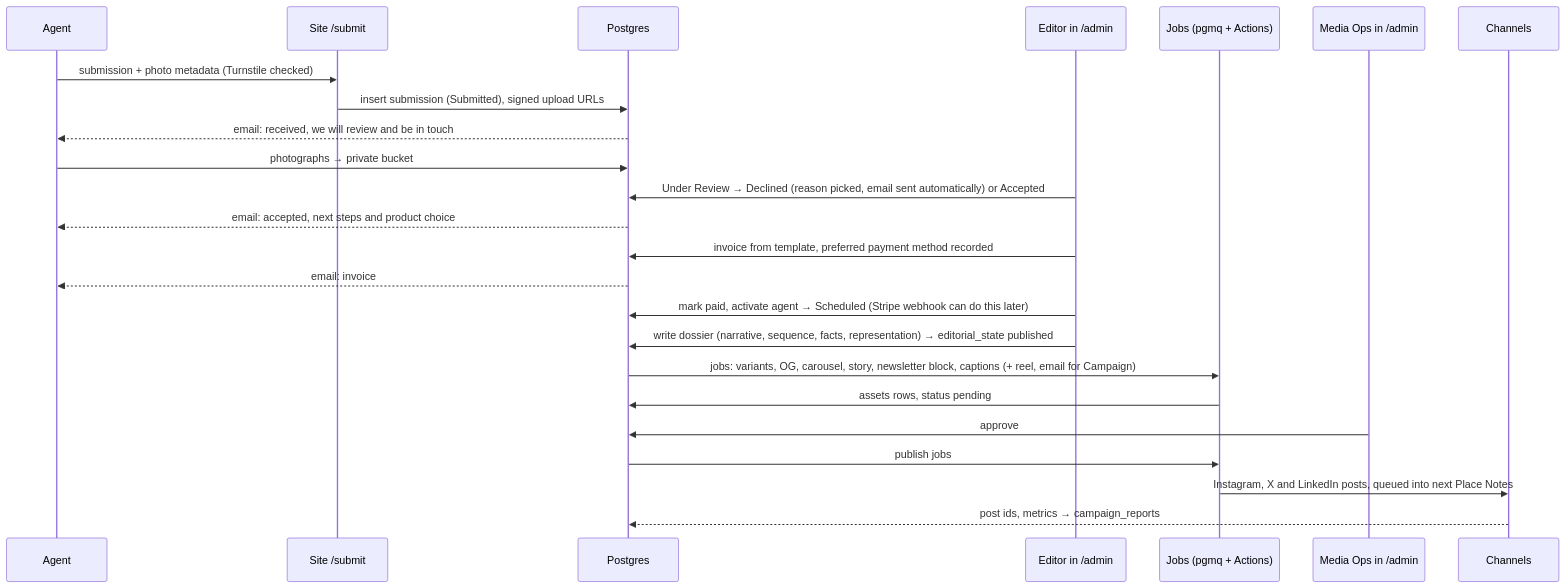
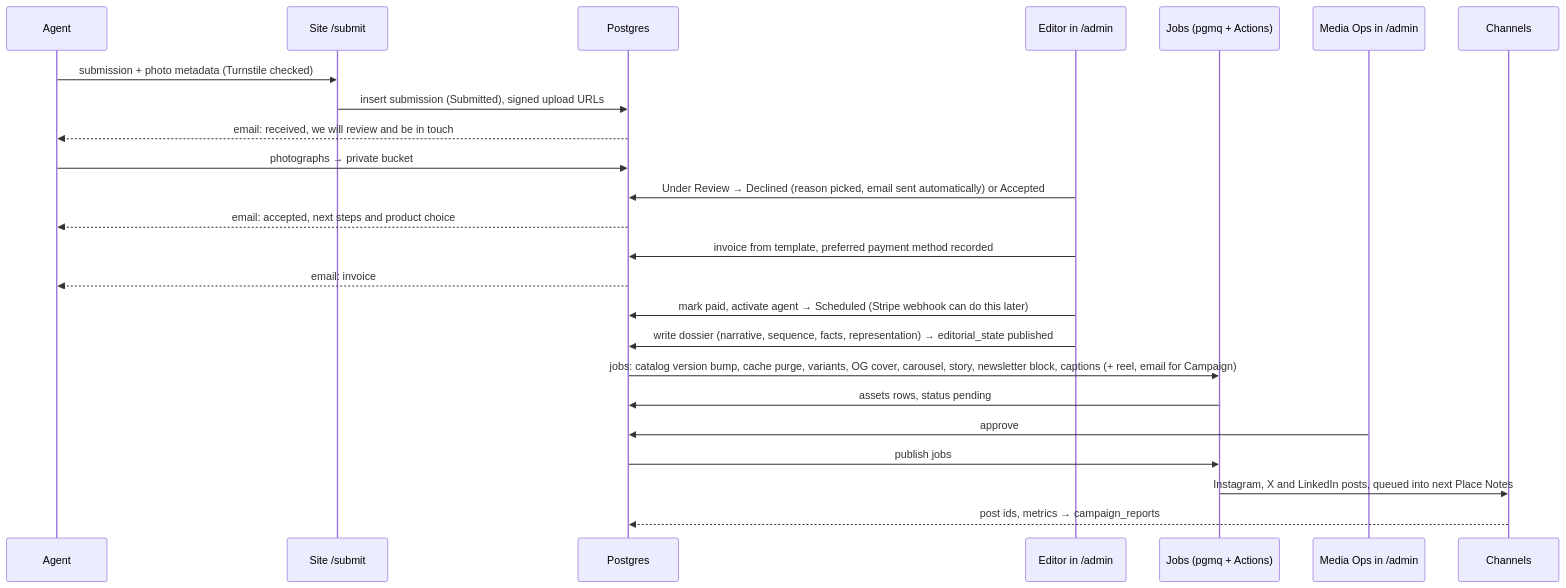
The second of 4 diagrams in workspace/03-diagrams/big-diagram.md (AbdulrahmanAmer/matter-of-place), drawn with Mermaid before and after one commit. The commit also changed other lines of this file and 104 other files, not shown here.

First line of the commit message:
Traceability audit rounds 5 and 6; diagrams brought in line with the plans; rulings G58 to G65

````diff
--- a/workspace/03-diagrams/big-diagram.md
+++ b/workspace/03-diagrams/big-diagram.md
@@ -110,27 +112,27 @@
 ```mermaid
 sequenceDiagram
   participant A as Agent
   participant S as Site /submit
   participant D as Postgres
   participant E as Editor in /admin
   participant J as Jobs (pgmq + Actions)
   participant M as Media Ops in /admin
   participant O as Channels
 
   A->>S: submission + photo metadata (Turnstile checked)
   S->>D: insert submission (Submitted), signed upload URLs
   D-->>A: email: received, we will review and be in touch
   A->>D: photographs → private bucket
   E->>D: Under Review → Declined (reason picked, email sent automatically) or Accepted
   D-->>A: email: accepted, next steps and product choice
   E->>D: invoice from template, preferred payment method recorded
   D-->>A: email: invoice
   E->>D: mark paid, activate agent → Scheduled (Stripe webhook can do this later)
   E->>D: write dossier (narrative, sequence, facts, representation) → editorial_state published
-  D->>J: jobs: variants, OG, carousel, story, newsletter block, captions (+ reel, email for Campaign)
+  D->>J: jobs: catalog version bump, cache purge, variants, OG cover, carousel, story, newsletter block, captions (+ reel, email for Campaign)
   J->>D: assets rows, status pending
   M->>D: approve
   D->>J: publish jobs
   J->>O: Instagram, X and LinkedIn posts, queued into next Place Notes
   O-->>D: post ids, metrics → campaign_reports
 ```
````
